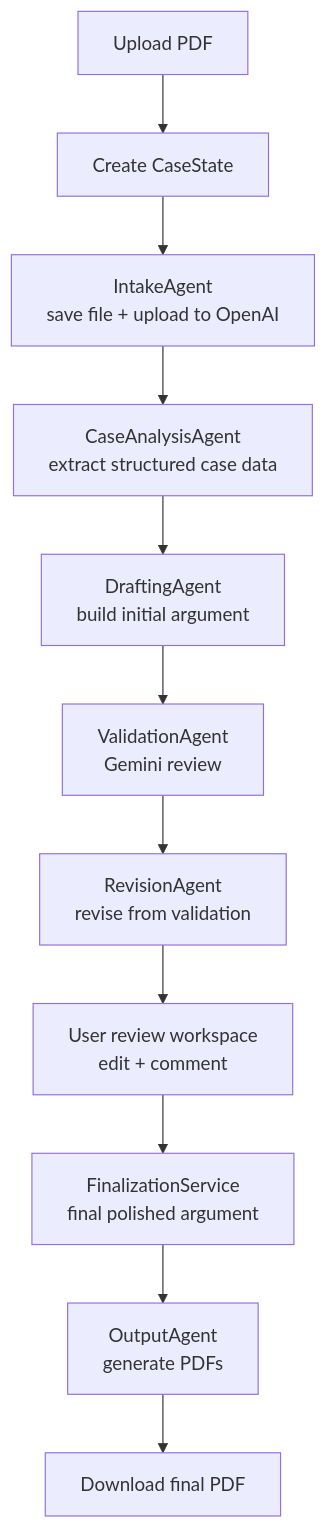
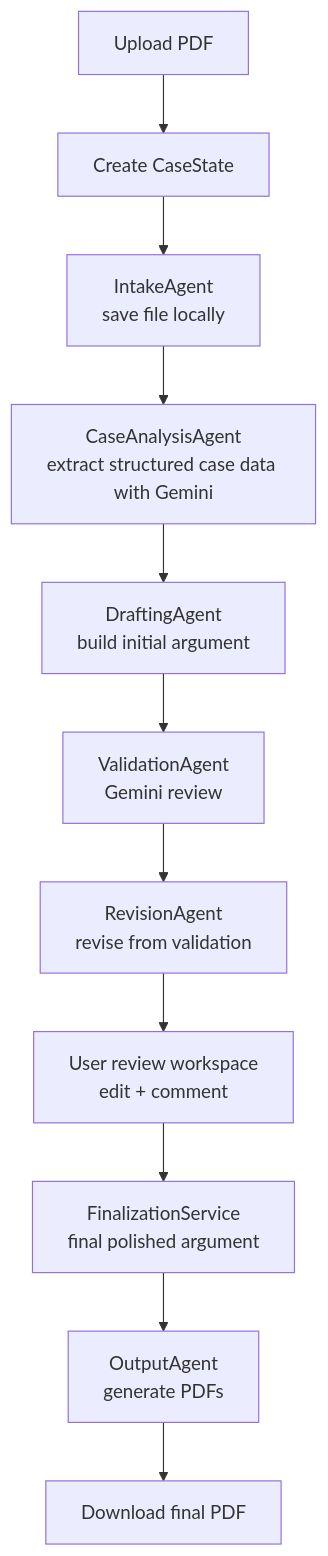
Before and after one commit to sahaanirbannew/ai_legal_drafter: the second of 3 diagrams in DOCUMENTATION.md, drawn with Mermaid. The commit also changed other lines of this file and 14 other files, not shown here.

````diff
--- a/DOCUMENTATION.md
+++ b/DOCUMENTATION.md
@@ -42,13 +42,13 @@
 ```mermaid
 flowchart TD
     A["Upload PDF"] --> B["Create CaseState"]
-    B --> C["IntakeAgent<br/>save file + upload to OpenAI"]
-    C --> D["CaseAnalysisAgent<br/>extract structured case data"]
+    B --> C["IntakeAgent<br/>save file locally"]
+    C --> D["CaseAnalysisAgent<br/>extract structured case data with Gemini"]
     D --> E["DraftingAgent<br/>build initial argument"]
     E --> F["ValidationAgent<br/>Gemini review"]
     F --> G["RevisionAgent<br/>revise from validation"]
     G --> H["User review workspace<br/>edit + comment"]
     H --> I["FinalizationService<br/>final polished argument"]
     I --> J["OutputAgent<br/>generate PDFs"]
     J --> K["Download final PDF"]
 ```
````
